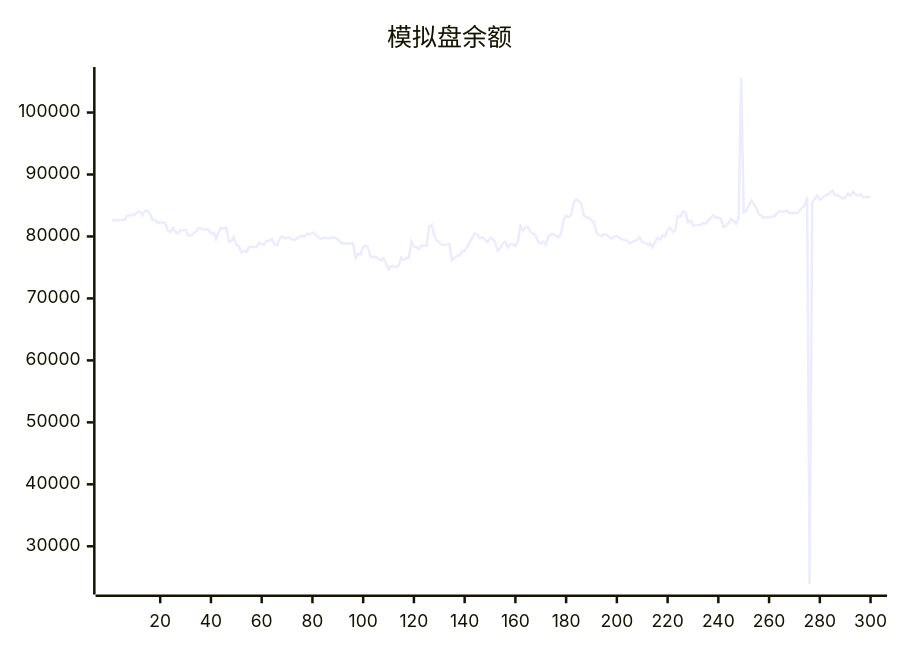
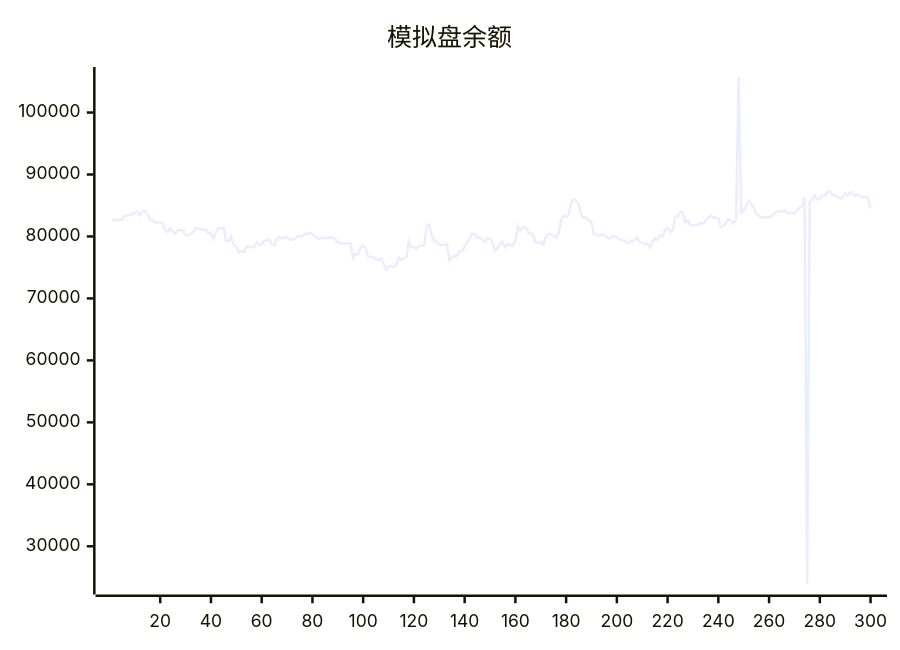
The diagram in README.md (aahl/ai-trading), drawn with Mermaid before and after one commit. The commit also changed other lines of this file and 1 other file, not shown here.

````diff
--- a/README.md
+++ b/README.md
@@ -5,5 +5,5 @@
 ```mermaid
 xychart
     title "模拟盘余额"
-    line [82626,82571,82633,82670,82670,82681,83386,83378,83464,83579,83920,84037,83402,84160,84142,83652,82655,82655,82145,82315,82243,82163,80934,80770,81371,80742,80468,80989,80989,81067,80191,80155,80450,80737,81309,81309,81106,81119,81119,80471,80631,79624,80670,81448,81290,81429,79212,79222,79940,78643,78380,77432,77623,77504,78235,78358,78284,78277,79048,78714,78714,79290,79308,79567,78763,78563,79603,79988,79652,79813,79813,79476,79469,79673,79995,80015,80015,80486,80314,80600,80436,79966,79689,79689,79819,79692,79692,79850,79850,79518,79071,78889,78850,78850,78878,78878,76554,77202,77103,78357,78510,78106,76678,76677,76672,76411,76159,76485,75656,74695,75197,75246,75052,75334,76564,76179,76553,76551,79196,78300,78300,77944,78531,78531,78521,81564,81884,80160,79335,79055,78675,78580,78708,78764,76179,76586,76902,76876,77658,77669,78346,79023,79769,80497,80366,79761,79896,79448,79126,79749,79658,79097,77695,78114,78888,79126,78249,78738,78653,78478,79271,81680,80923,81488,81527,80681,80455,80190,79084,78879,79193,78686,79954,80403,80374,80118,79848,80491,82665,83351,83098,83525,85430,85983,85737,85221,83378,83014,83043,82613,82216,80477,80208,80081,80348,80277,79894,79670,79965,80093,79786,79542,79406,79371,78893,79087,79304,79406,79841,79072,78978,78696,78846,78272,79085,79787,79442,80198,80031,81120,81379,80718,80985,83214,83212,83993,83921,82270,82547,81776,81776,81866,81866,82158,82061,82596,83000,83408,83041,83050,82858,81503,81691,82188,82812,82517,82092,82901,105633,83898,84180,85030,85781,85178,84604,83569,83298,83008,83093,83107,83175,83228,83729,84025,84017,84019,84177,83775,83762,83785,83738,84160,84639,84939,86370,23934,85548,86046,86599,85942,86161,86622,86664,87115,87369,86666,86685,86384,86152,86243,86969,86548,87164,86885,86566,86809,86427,86348,86417,86273]
+    line [82571,82633,82670,82670,82681,83386,83378,83464,83579,83920,84037,83402,84160,84142,83652,82655,82655,82145,82315,82243,82163,80934,80770,81371,80742,80468,80989,80989,81067,80191,80155,80450,80737,81309,81309,81106,81119,81119,80471,80631,79624,80670,81448,81290,81429,79212,79222,79940,78643,78380,77432,77623,77504,78235,78358,78284,78277,79048,78714,78714,79290,79308,79567,78763,78563,79603,79988,79652,79813,79813,79476,79469,79673,79995,80015,80015,80486,80314,80600,80436,79966,79689,79689,79819,79692,79692,79850,79850,79518,79071,78889,78850,78850,78878,78878,76554,77202,77103,78357,78510,78106,76678,76677,76672,76411,76159,76485,75656,74695,75197,75246,75052,75334,76564,76179,76553,76551,79196,78300,78300,77944,78531,78531,78521,81564,81884,80160,79335,79055,78675,78580,78708,78764,76179,76586,76902,76876,77658,77669,78346,79023,79769,80497,80366,79761,79896,79448,79126,79749,79658,79097,77695,78114,78888,79126,78249,78738,78653,78478,79271,81680,80923,81488,81527,80681,80455,80190,79084,78879,79193,78686,79954,80403,80374,80118,79848,80491,82665,83351,83098,83525,85430,85983,85737,85221,83378,83014,83043,82613,82216,80477,80208,80081,80348,80277,79894,79670,79965,80093,79786,79542,79406,79371,78893,79087,79304,79406,79841,79072,78978,78696,78846,78272,79085,79787,79442,80198,80031,81120,81379,80718,80985,83214,83212,83993,83921,82270,82547,81776,81776,81866,81866,82158,82061,82596,83000,83408,83041,83050,82858,81503,81691,82188,82812,82517,82092,82901,105633,83898,84180,85030,85781,85178,84604,83569,83298,83008,83093,83107,83175,83228,83729,84025,84017,84019,84177,83775,83762,83785,83738,84160,84639,84939,86370,23934,85548,86046,86599,85942,86161,86622,86664,87115,87369,86666,86685,86384,86152,86243,86969,86548,87164,86885,86566,86809,86427,86348,86417,86273,84538]
 ```
````
